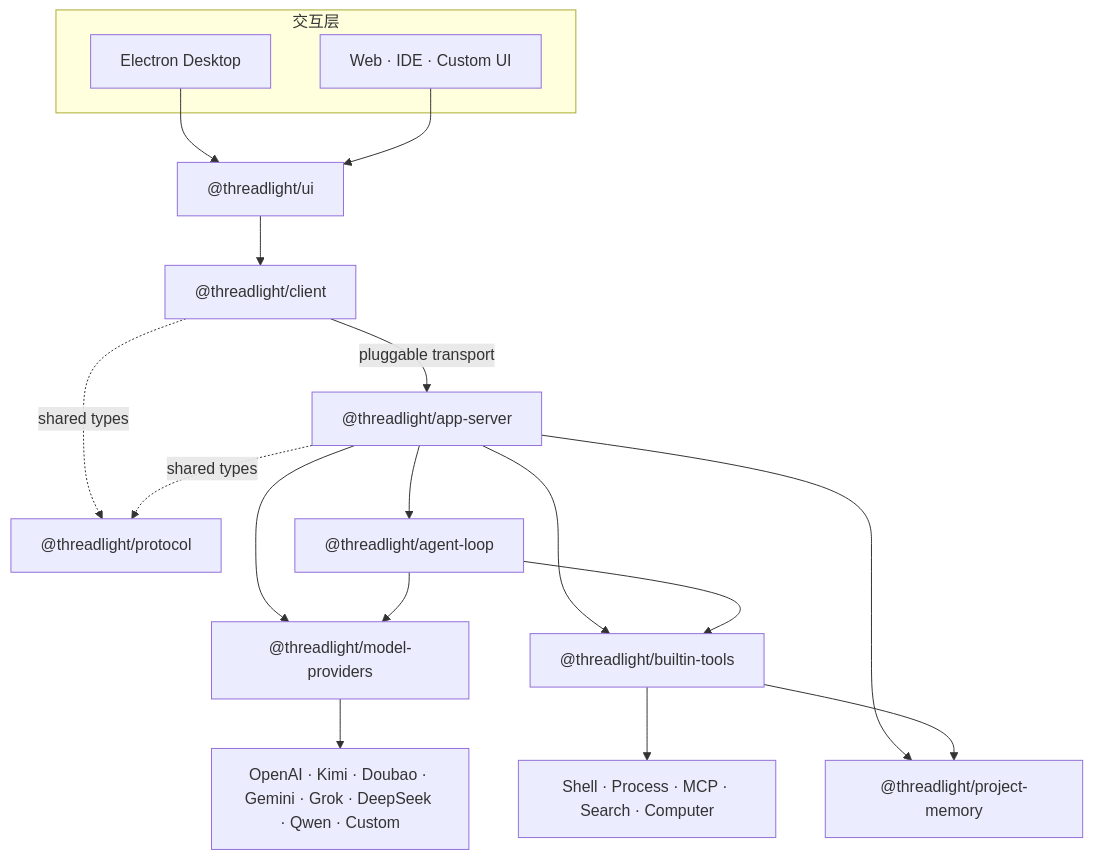
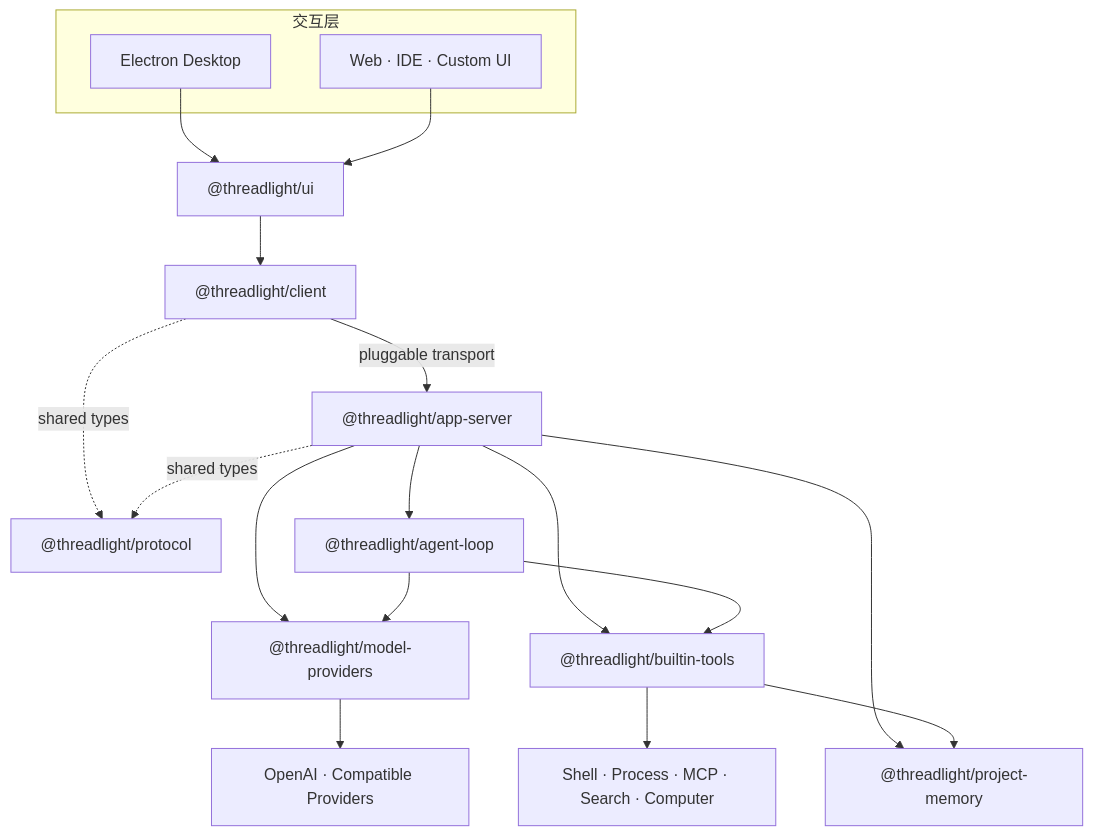
One commit to nagisa77/threadlight changed the third of 3 diagrams in README.md. Above: the diagram before and after it, drawn with Mermaid. The commit also changed other lines of this file and 31 other files, not shown here.

````diff
--- a/README.md
+++ b/README.md
@@ -102,34 +410,34 @@
 ```mermaid
 flowchart TB
     subgraph Surfaces["交互层"]
         Desktop["Electron Desktop"]
-        Other["Web · IDE · Custom UI"]
+        Web["Web · IDE · Custom UI"]
     end
 
     UI["@threadlight/ui"]
     Client["@threadlight/client"]
     Protocol["@threadlight/protocol"]
     Server["@threadlight/app-server"]
     Loop["@threadlight/agent-loop"]
     Providers["@threadlight/model-providers"]
     Tools["@threadlight/builtin-tools"]
     Memory["@threadlight/project-memory"]
-    Models["OpenAI · Kimi · Doubao · Gemini · Grok · DeepSeek · Qwen · Custom"]
+    Models["OpenAI · Compatible Providers"]
     Runtime["Shell · Process · MCP · Search · Computer"]
 
     Desktop --> UI
-    Other --> UI
+    Web --> UI
     UI --> Client
     Client -->|"pluggable transport"| Server
     Client -. "shared types" .-> Protocol
     Server -. "shared types" .-> Protocol
     Server --> Loop
     Server --> Providers
     Server --> Tools
     Server --> Memory
     Loop --> Providers
     Loop --> Tools
     Providers --> Models
     Tools --> Runtime
     Tools --> Memory
 ```
````
